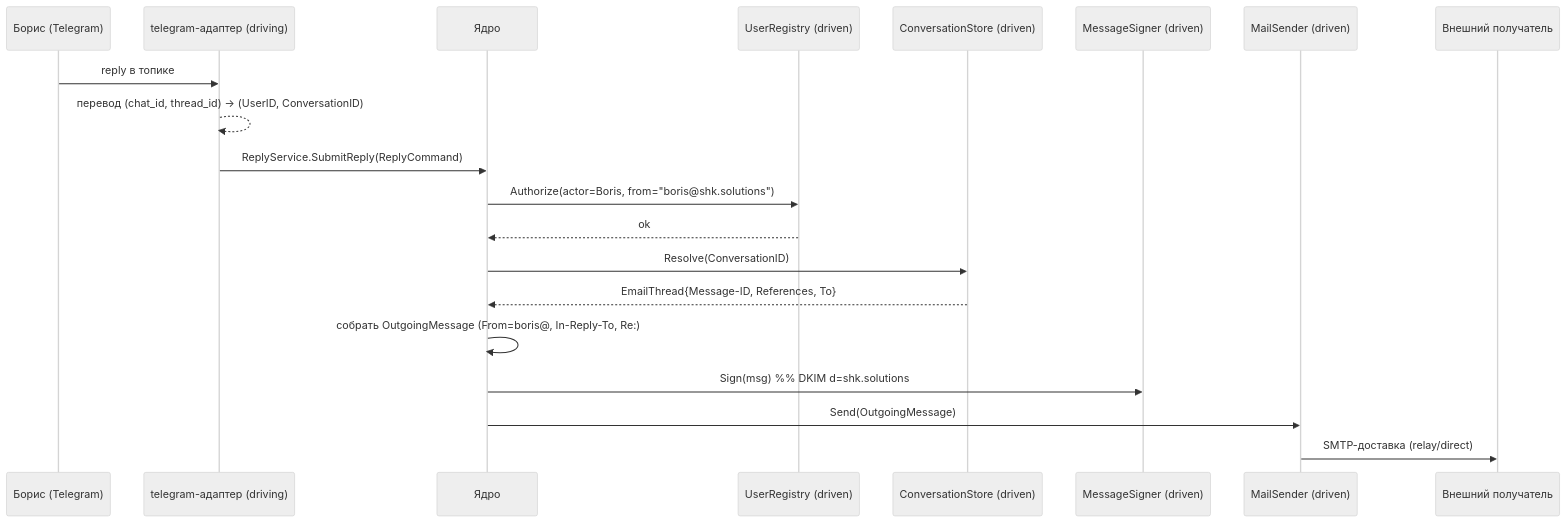
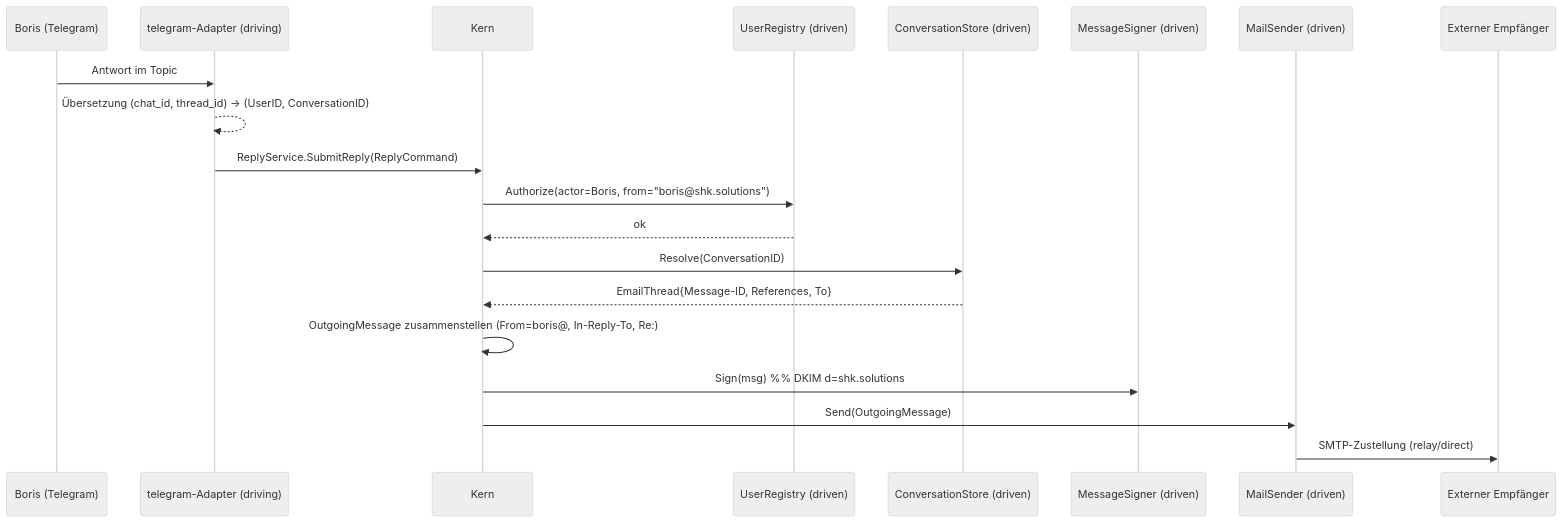
The third of 3 diagrams in docs/ARCHITECTURE.md (Alex84K/smpt_pet_proj), drawn with Mermaid (neutral theme) before and after one commit. The commit also changed other lines of this file and 4 other files, not shown here.

````diff
--- a/docs/ARCHITECTURE.md
+++ b/docs/ARCHITECTURE.md
@@ -284,23 +294,23 @@
 ```mermaid
 sequenceDiagram
-    participant Boris as Борис (Telegram)
-    participant TGin as telegram-адаптер (driving)
-    participant Core as Ядро
+    participant Boris as Boris (Telegram)
+    participant TGin as telegram-Adapter (driving)
+    participant Core as Kern
     participant Reg as UserRegistry (driven)
     participant Store as ConversationStore (driven)
     participant Sign as MessageSigner (driven)
     participant Mail as MailSender (driven)
-    participant Ext as Внешний получатель
+    participant Ext as Externer Empfänger
 
-    Boris->>TGin: reply в топике
-    TGin-->>TGin: перевод (chat_id, thread_id) → (UserID, ConversationID)
+    Boris->>TGin: Antwort im Topic
+    TGin-->>TGin: Übersetzung (chat_id, thread_id) → (UserID, ConversationID)
     TGin->>Core: ReplyService.SubmitReply(ReplyCommand)
     Core->>Reg: Authorize(actor=Boris, from="boris@shk.solutions")
     Reg-->>Core: ok
     Core->>Store: Resolve(ConversationID)
     Store-->>Core: EmailThread{Message-ID, References, To}
-    Core->>Core: собрать OutgoingMessage (From=boris@, In-Reply-To, Re:)
+    Core->>Core: OutgoingMessage zusammenstellen (From=boris@, In-Reply-To, Re:)
     Core->>Sign: Sign(msg)  %% DKIM d=shk.solutions
     Core->>Mail: Send(OutgoingMessage)
-    Mail->>Ext: SMTP-доставка (relay/direct)
+    Mail->>Ext: SMTP-Zustellung (relay/direct)
 ```
````
